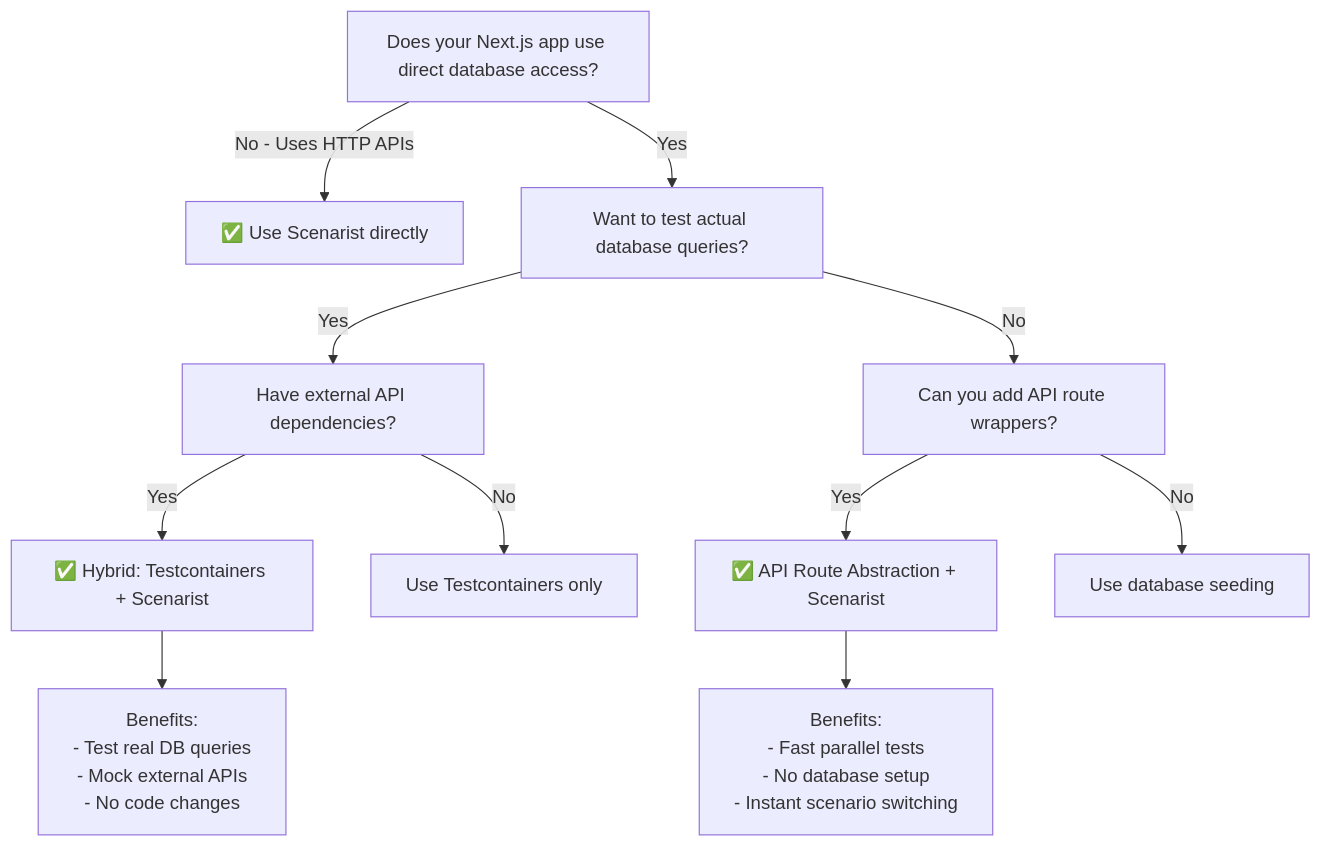
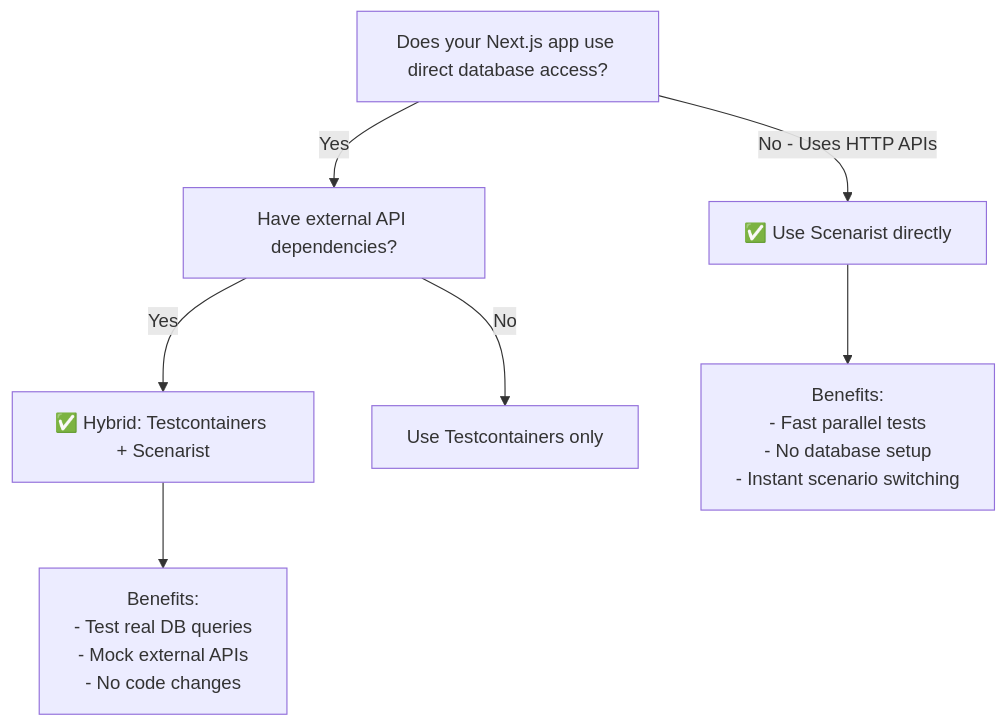
The diagram in apps/docs/src/content/docs/guides/testing-database-apps/index.mdx (citypaul/scenarist), drawn with Mermaid before and after one commit. The commit also changed other lines of this file and 2 other files, not shown here.

First line of the commit message:
docs: remove flawed API Route Abstraction guide

````diff
--- a/apps/docs/src/content/docs/guides/testing-database-apps/index.mdx
+++ b/apps/docs/src/content/docs/guides/testing-database-apps/index.mdx
@@ -88,14 +70,10 @@
 ```mermaid
 graph TD
     A[Does your Next.js app use direct database access?] -->|No - Uses HTTP APIs| B[✅ Use Scenarist directly]
-    A -->|Yes| C[Want to test actual database queries?]
-    C -->|Yes| D[Have external API dependencies?]
-    D -->|Yes| E[✅ Hybrid: Testcontainers + Scenarist]
-    D -->|No| F[Use Testcontainers only]
-    C -->|No| G[Can you add API route wrappers?]
-    G -->|Yes| H[✅ API Route Abstraction + Scenarist]
-    G -->|No| I[Use database seeding]
+    A -->|Yes| C[Have external API dependencies?]
+    C -->|Yes| D[✅ Hybrid: Testcontainers + Scenarist]
+    C -->|No| E[Use Testcontainers only]
 
-    E --> J[Benefits:<br/>- Test real DB queries<br/>- Mock external APIs<br/>- No code changes]
-    H --> K[Benefits:<br/>- Fast parallel tests<br/>- No database setup<br/>- Instant scenario switching]
+    D --> F[Benefits:<br/>- Test real DB queries<br/>- Mock external APIs<br/>- No code changes]
+    B --> G[Benefits:<br/>- Fast parallel tests<br/>- No database setup<br/>- Instant scenario switching]
 ```
````
